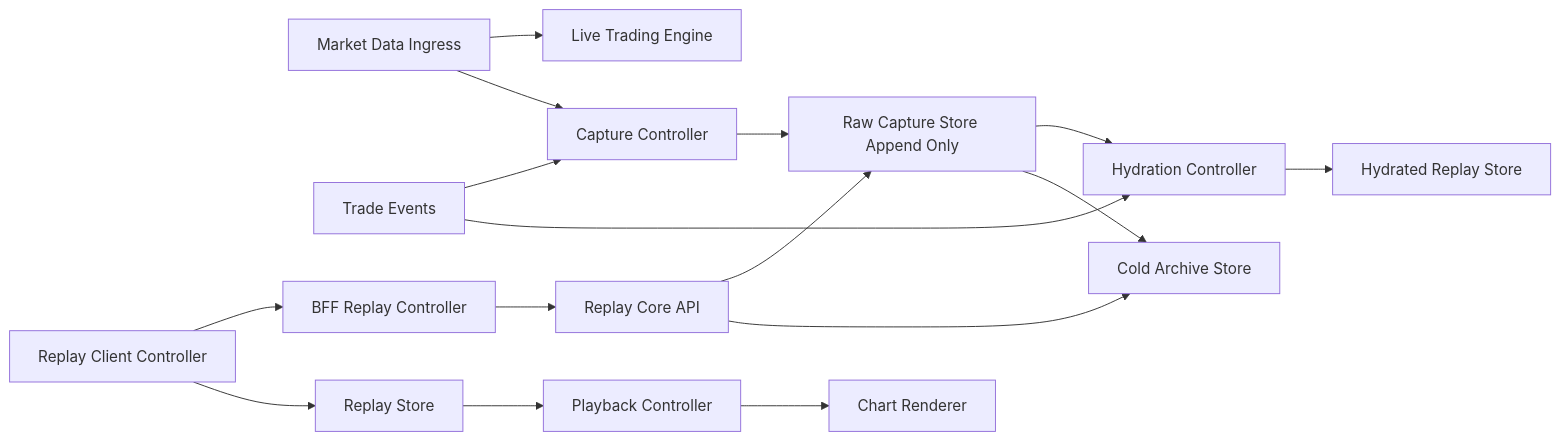
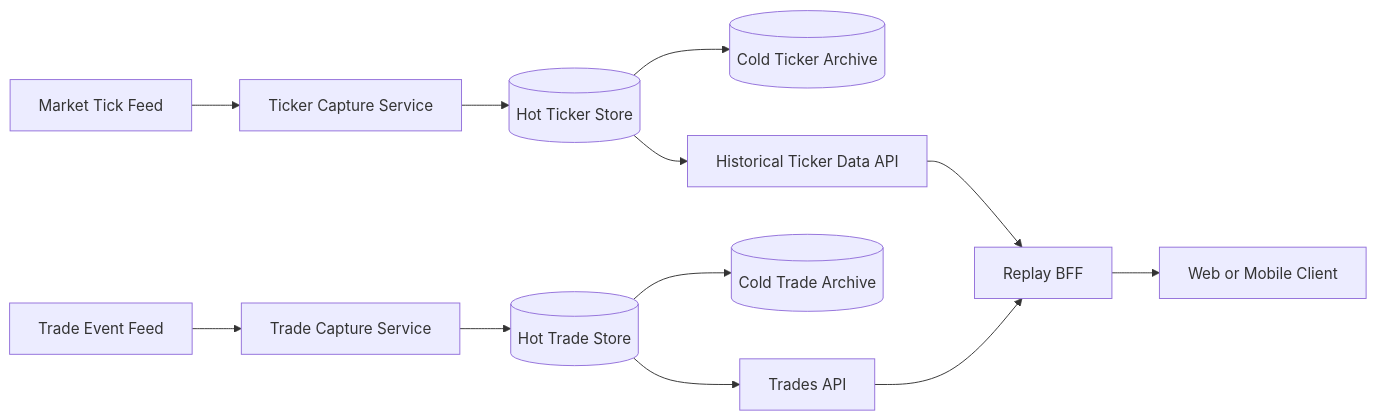
One commit to tonyraoul/station-alpha changed the first of 2 diagrams in question-2/design-doc.md. Above: the diagram before and after it, drawn with Mermaid. The commit also changed other lines of this file, not shown here.

````diff
--- a/question-2/design-doc.md
+++ b/question-2/design-doc.md
@@ -20,18 +132,19 @@
 ```mermaid
 flowchart LR
-    A[Market Data Ingress] --> B[Live Trading Engine]
-    A --> C[Capture Controller]
-    D[Trade Events] --> C
-   C --> E[Raw Capture Store Append Only]
-   E --> M[Hydration Controller]
-   D --> M
-   M --> F[Hydrated Replay Store]
-    E --> G[Cold Archive Store]
-   H[Replay Core API] --> E
-   H --> G
-   N[BFF Replay Controller] --> H
-   I[Replay Client Controller] --> N
-    I --> J[Replay Store]
-    J --> K[Playback Controller]
-    K --> L[Chart Renderer]
+    M[Market Tick Feed] --> TC[Ticker Capture Service]
+    E[Trade Event Feed] --> TRC[Trade Capture Service]
+
+    TC --> TS[(Hot Ticker Store)]
+    TRC --> TRS[(Hot Trade Store)]
+
+    TS --> TA[(Cold Ticker Archive)]
+    TRS --> TRA[(Cold Trade Archive)]
+
+    TS --> HT[Historical Ticker Data API]
+    TRS --> TAPI[Trades API]
+
+    HT --> BFF[Replay BFF]
+    TAPI --> BFF
+
+    BFF --> C[Web or Mobile Client]
 ```
````
